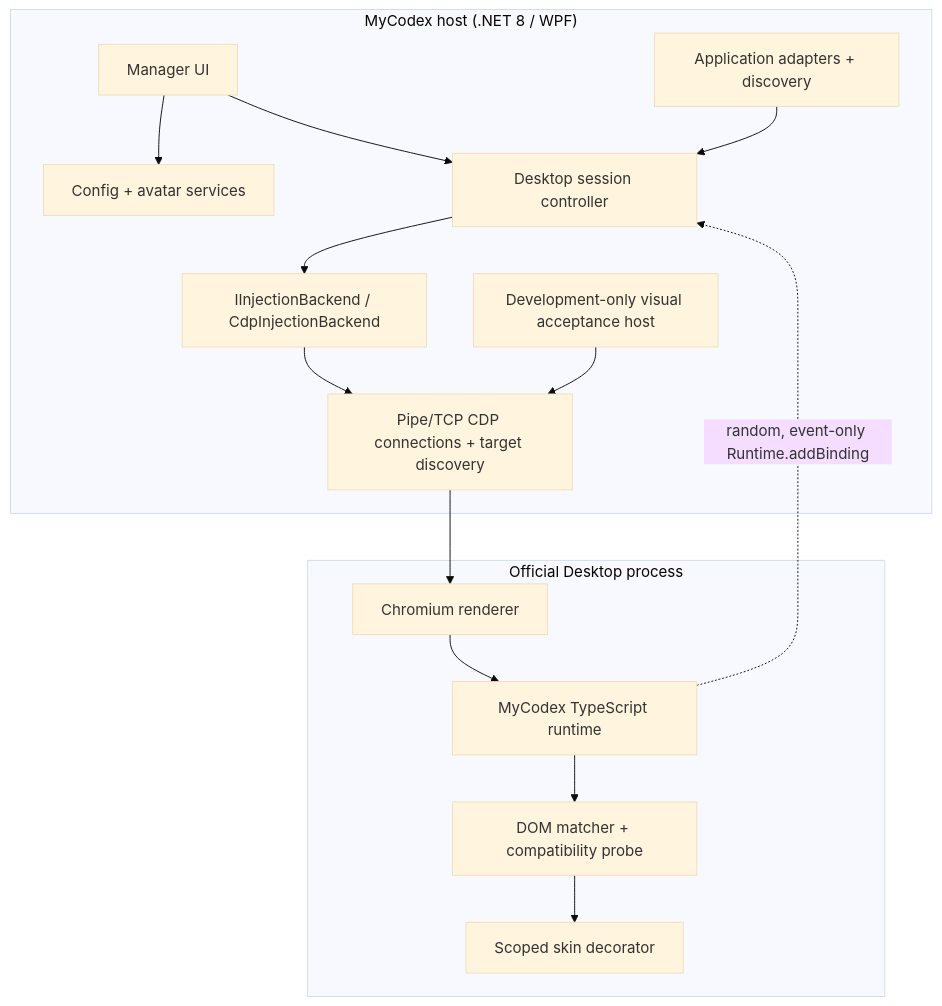
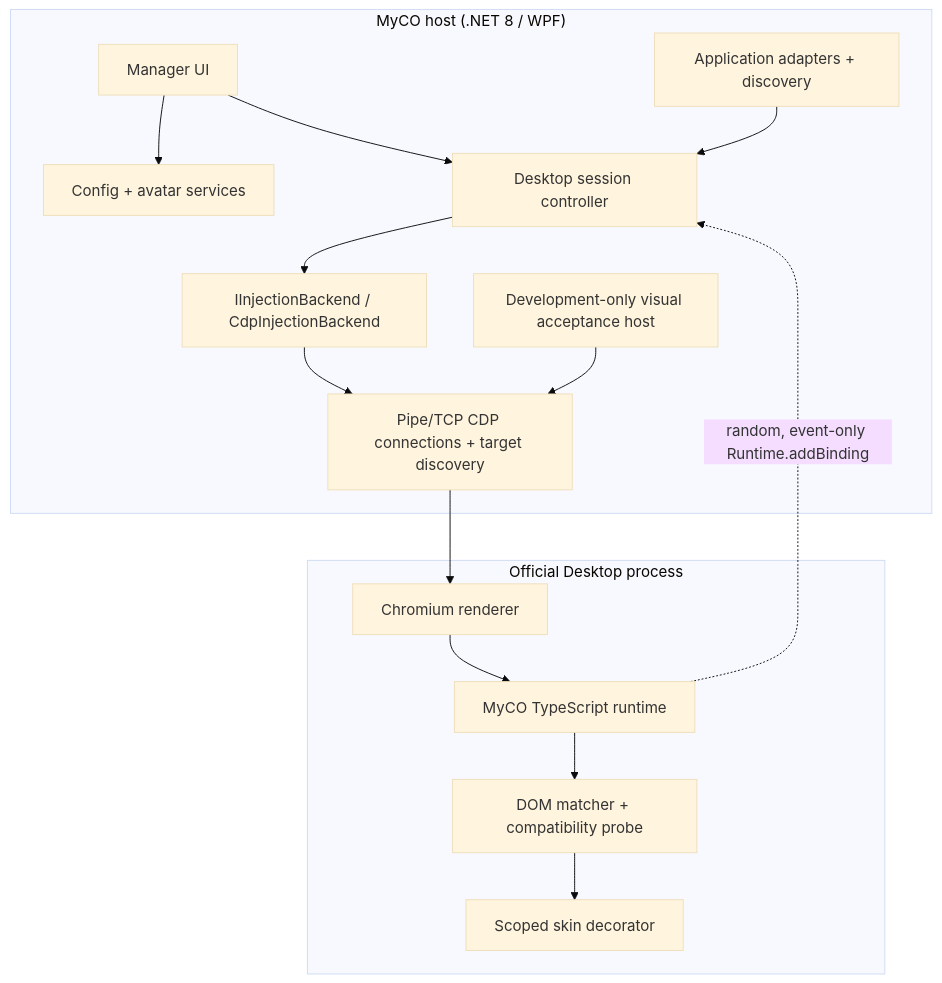
The diagram in docs/architecture.md (crikok0721/MyCO), drawn with Mermaid (base theme) before and after one commit. The commit also changed other lines of this file and 271 other files, not shown here.

````diff
--- a/docs/architecture.md
+++ b/docs/architecture.md
@@ -11,29 +11,29 @@
 ```mermaid
 flowchart TB
-  subgraph Host["MyCodex host (.NET 8 / WPF)"]
+  subgraph Host["MyCO host (.NET 8 / WPF)"]
     UI["Manager UI"]
     CFG["Config + avatar services"]
     APP["Application adapters + discovery"]
     SESSION["Desktop session controller"]
     BACKEND["IInjectionBackend / CdpInjectionBackend"]
     CDP["Pipe/TCP CDP connections + target discovery"]
     VA["Development-only visual acceptance host"]
   end
   subgraph Desktop["Official Desktop process"]
     PAGE["Chromium renderer"]
-    RT["MyCodex TypeScript runtime"]
+    RT["MyCO TypeScript runtime"]
     MATCH["DOM matcher + compatibility probe"]
     SKIN["Scoped skin decorator"]
   end
   UI --> CFG
   UI --> SESSION
   APP --> SESSION
   SESSION --> BACKEND
   BACKEND --> CDP
   VA --> CDP
   CDP --> PAGE
   PAGE --> RT
   RT --> MATCH
   MATCH --> SKIN
   RT -. "random, event-only Runtime.addBinding" .-> SESSION
 ```
````
